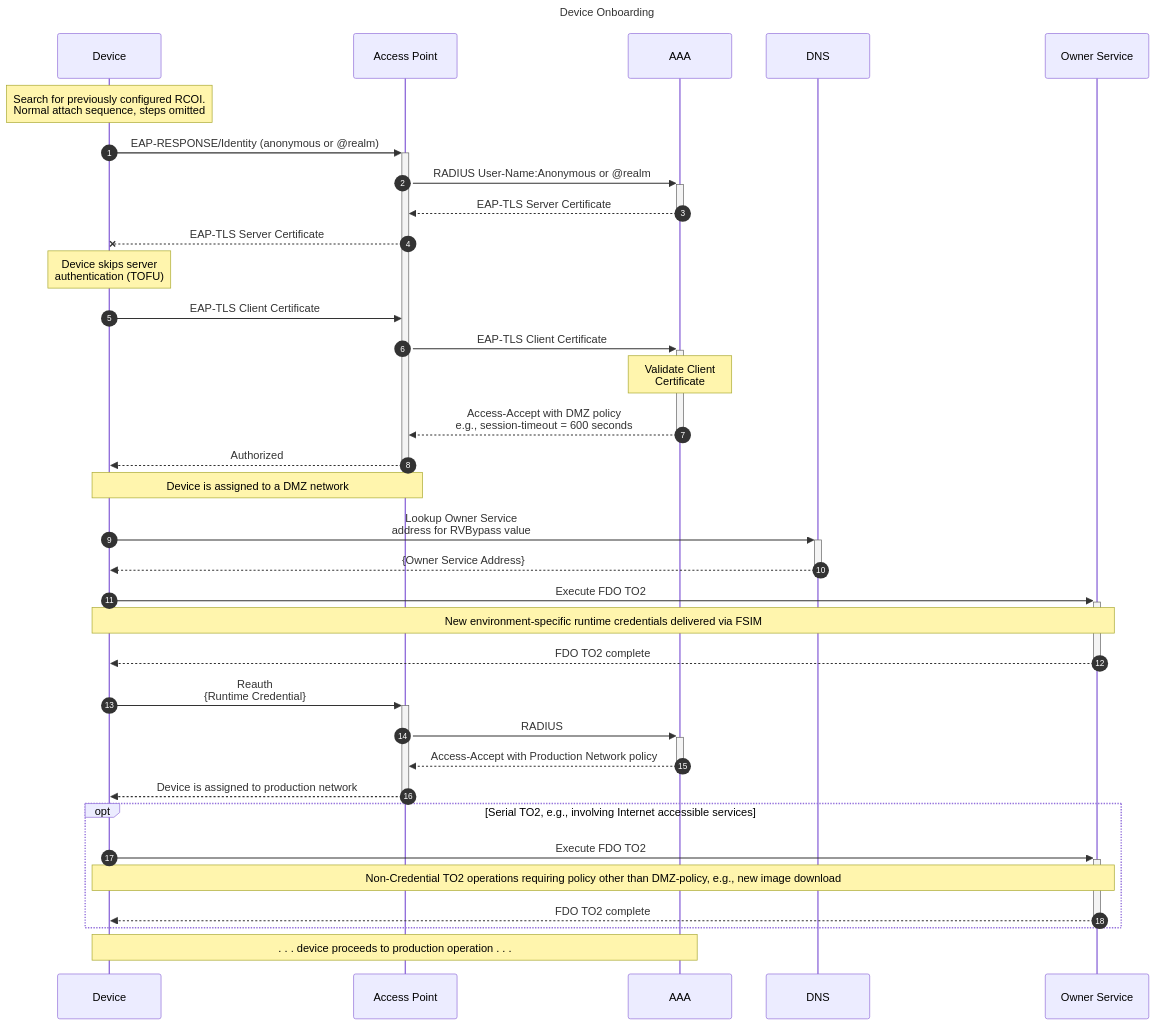
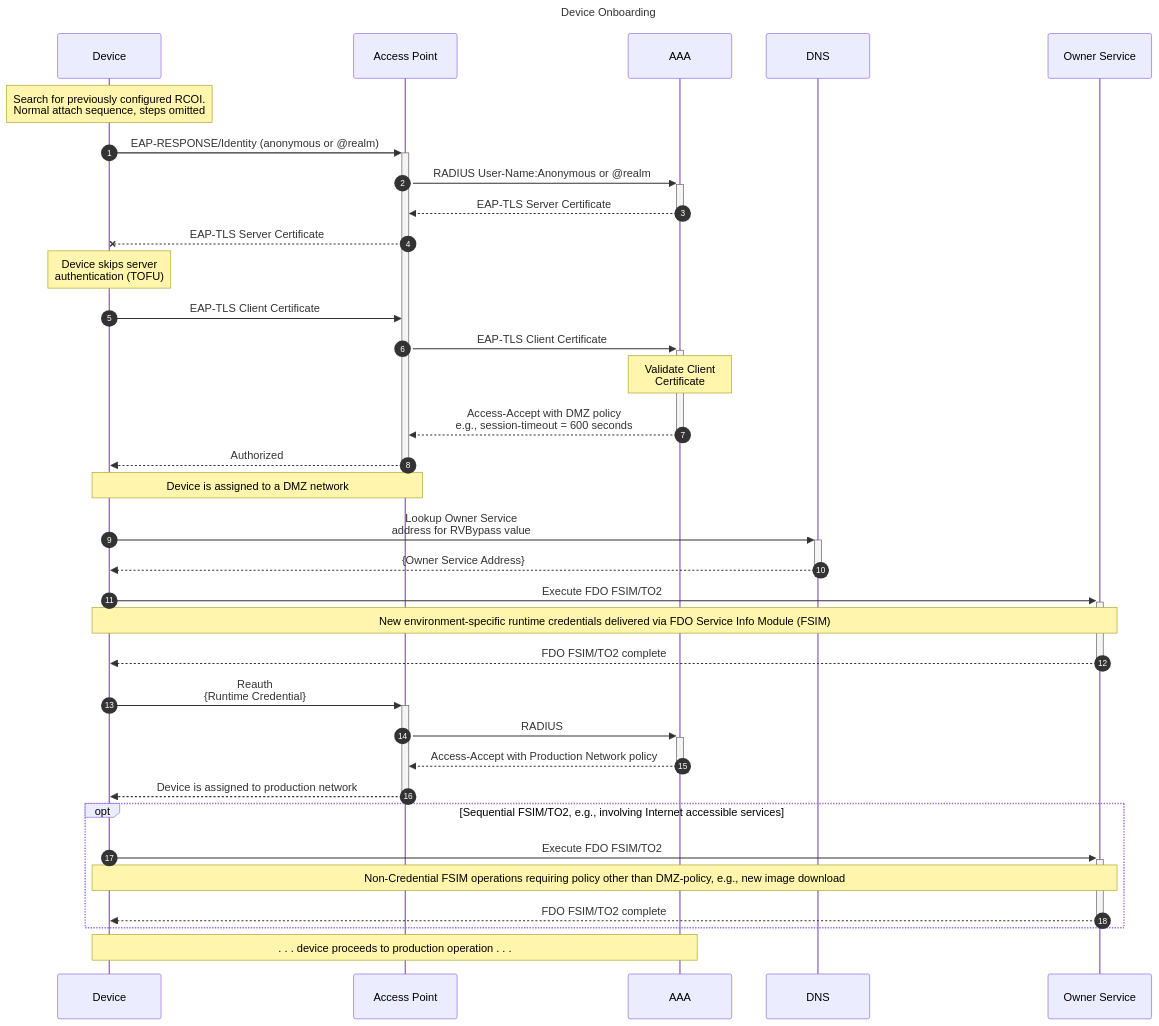
One commit to wireless-broadband-alliance/WBA-FIDO-Collaboration changed the second of 2 diagrams in WORKFLOWS.md. Above: the diagram before and after it, drawn with Mermaid.

````diff
--- a/WORKFLOWS.md
+++ b/WORKFLOWS.md
@@ -70,47 +70,47 @@
 ```mermaid
 sequenceDiagram
     title Device Onboarding
     participant dev as Device
     participant ap as Access Point
     participant aaa as AAA
     participant dns as DNS
     participant owner as Owner Service
 
     autonumber
 
     note over dev: Search for previously configured RCOI.<br/>Normal attach sequence, steps omitted
     dev ->>+ ap: EAP-RESPONSE/Identity (anonymous or @realm)
     ap ->>+ aaa: RADIUS User-Name:Anonymous or @realm
 
     aaa -->>- ap: EAP-TLS Server Certificate
     ap --x dev: EAP-TLS Server Certificate
     note over dev : Device skips server<br/>authentication (TOFU)
 
     dev ->> ap: EAP-TLS Client Certificate
     ap ->>+ aaa: EAP-TLS Client Certificate
 
     note over aaa : Validate Client<br/>Certificate
 
     aaa -->>- ap: Access-Accept with DMZ policy<br/>e.g., session-timeout = 600 seconds
     ap -->>- dev: Authorized
     note over dev,ap: Device is assigned to a DMZ network
 
     dev ->>+ dns: Lookup Owner Service<br/>address for RVBypass value
     dns -->>- dev: {Owner Service Address}
 
-    dev ->>+ owner: Execute FDO TO2
-    note over dev,owner: New environment-specific runtime credentials delivered via FSIM
-    owner -->>- dev: FDO TO2 complete
+    dev ->>+ owner: Execute FDO FSIM/TO2
+    note over dev,owner: New environment-specific runtime credentials delivered via FDO Service Info Module (FSIM)
+    owner -->>- dev: FDO FSIM/TO2 complete
 
     dev ->>+ ap: Reauth<br/>{Runtime Credential}
     ap ->>+ aaa: RADIUS
     aaa -->>- ap: Access-Accept with Production Network policy
     ap -->>- dev: Device is assigned to production network
-    opt Serial TO2, e.g., involving Internet accessible services
-        dev ->>+ owner: Execute FDO TO2
-            note over dev,owner: Non-Credential TO2 operations requiring policy other than DMZ-policy, e.g., new image download
-        owner -->>- dev: FDO TO2 complete
+    opt Sequential FSIM/TO2, e.g., involving Internet accessible services
+        dev ->>+ owner: Execute FDO FSIM/TO2
+            note over dev,owner: Non-Credential FSIM operations requiring policy other than DMZ-policy, e.g., new image download
+        owner -->>- dev: FDO FSIM/TO2 complete
 
     end
     note over dev,aaa: . . . device proceeds to production operation . . .
 ```
````
